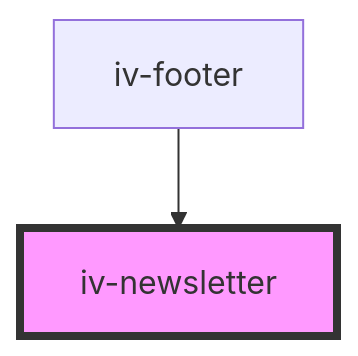
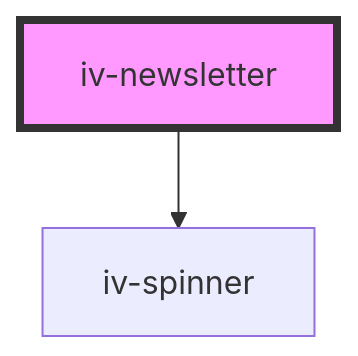
Before and after one commit to BeauRuebenFox22/The-Foxy-Library: the diagram in src/components/iv-newsletter/readme.md, drawn with Mermaid. The commit also changed other lines of this file and 18 other files, not shown here.

````diff
--- a/src/components/iv-newsletter/readme.md
+++ b/src/components/iv-newsletter/readme.md
@@ -15,5 +39,5 @@
 ```mermaid
 graph TD;
-  iv-footer --> iv-newsletter
+  iv-newsletter --> iv-spinner
   style iv-newsletter fill:#f9f,stroke:#333,stroke-width:4px
 ```
````
